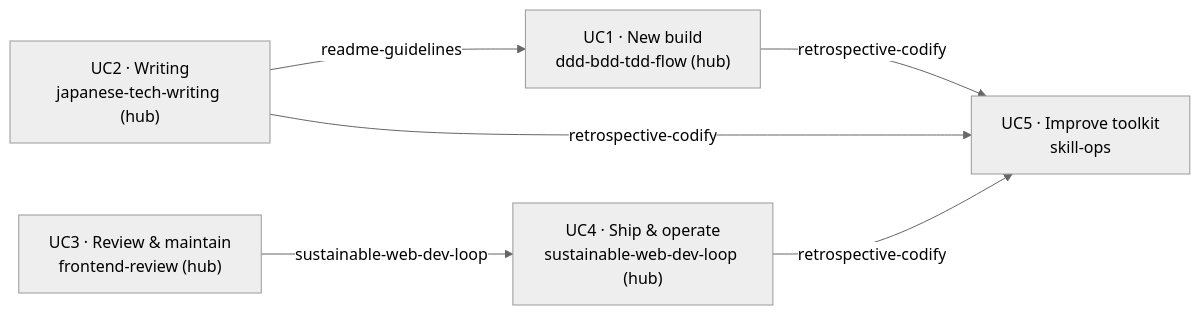
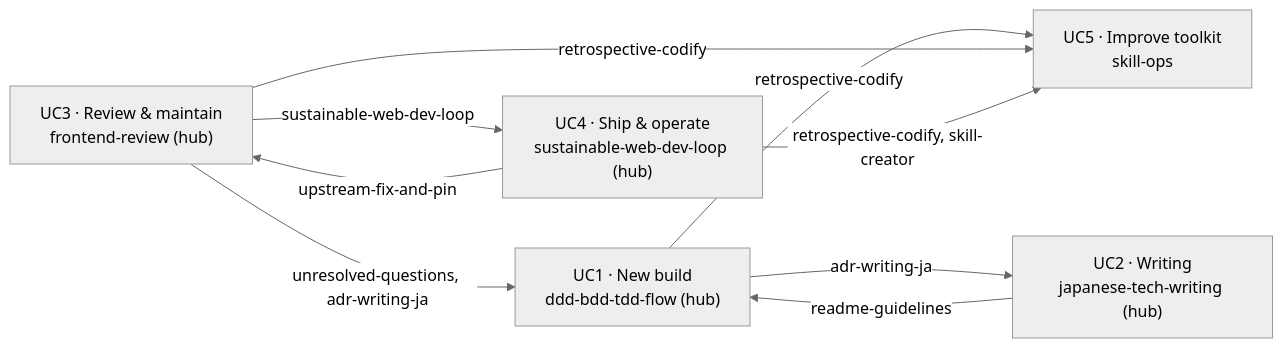
One commit to krkrkrr/skills changed the diagram in README.md. Above: the diagram before and after it, drawn with Mermaid (neutral theme). The commit also changed other lines of this file and 2 other files, not shown here.

````diff
--- a/README.md
+++ b/README.md
@@ -61,14 +63,17 @@
 ```mermaid
 flowchart LR
   UC1["UC1 · New build<br/>ddd-bdd-tdd-flow (hub)"]
   UC2["UC2 · Writing<br/>japanese-tech-writing (hub)"]
   UC3["UC3 · Review & maintain<br/>frontend-review (hub)"]
   UC4["UC4 · Ship & operate<br/>sustainable-web-dev-loop (hub)"]
   UC5["UC5 · Improve toolkit<br/>skill-ops"]
 
   UC2 -->|readme-guidelines| UC1
+  UC1 -->|adr-writing-ja| UC2
   UC3 -->|sustainable-web-dev-loop| UC4
+  UC4 -->|upstream-fix-and-pin| UC3
+  UC3 -->|unresolved-questions, adr-writing-ja| UC1
   UC1 -->|retrospective-codify| UC5
-  UC2 -->|retrospective-codify| UC5
-  UC4 -->|retrospective-codify| UC5
+  UC3 -->|retrospective-codify| UC5
+  UC4 -->|retrospective-codify, skill-creator| UC5
 ```
````
